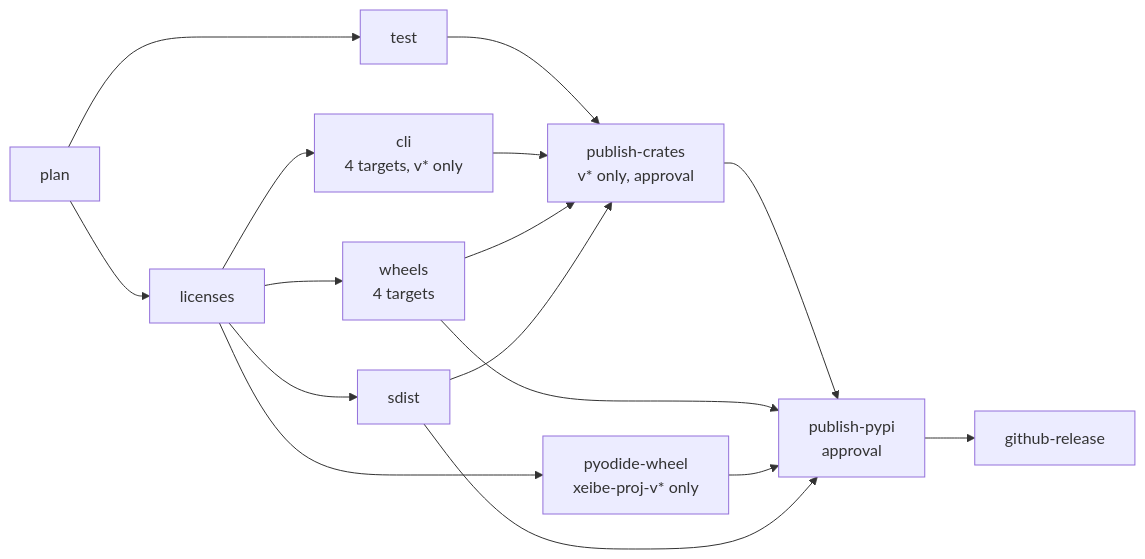
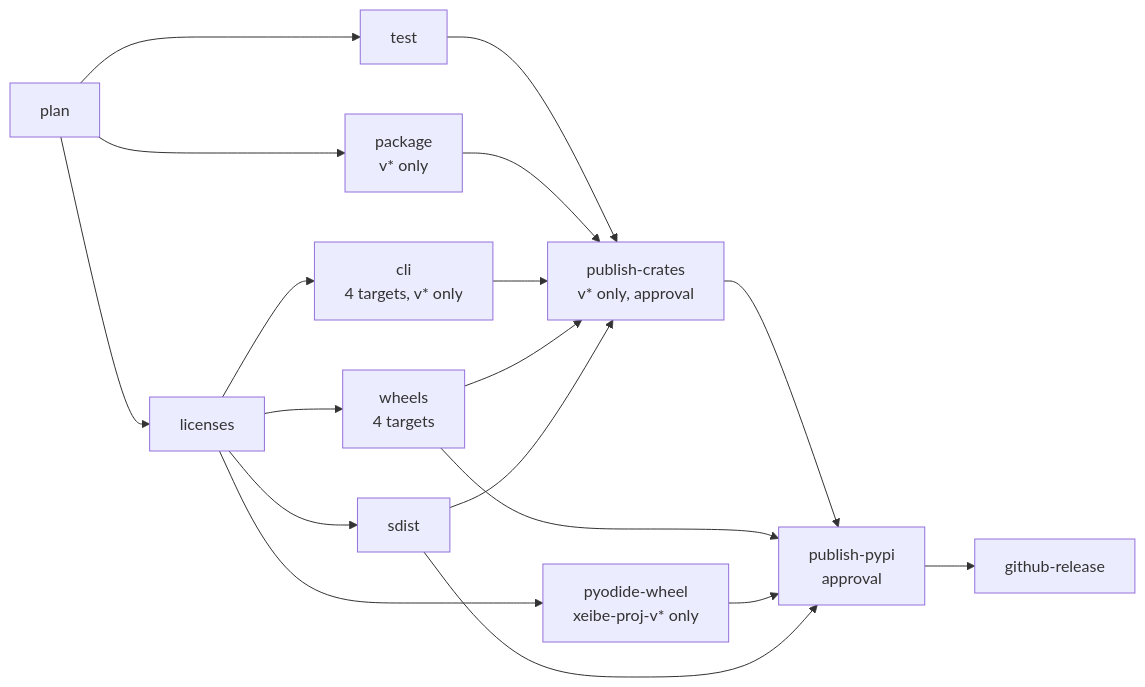
Before and after one commit to ttomasz/xeibe: the diagram in docs/releasing.md, drawn with Mermaid. The commit also changed other lines of this file and 1 other file, not shown here.

First line of the commit message:
Release: MSRV check and cargo package on a runner of their own

````diff
--- a/docs/releasing.md
+++ b/docs/releasing.md
@@ -66,18 +66,20 @@
 ```mermaid
 flowchart LR
     plan --> test
+    plan --> pkg["package<br/>v* only"]
     plan --> licenses
     licenses --> cli["cli<br/>4 targets, v* only"]
     licenses --> wheels["wheels<br/>4 targets"]
     licenses --> pyw["pyodide-wheel<br/>xeibe-proj-v* only"]
     licenses --> sdist
     test --> pc
+    pkg --> pc
     cli --> pc["publish-crates<br/>v* only, approval"]
     wheels --> pc
     sdist --> pc
     pc --> pp["publish-pypi<br/>approval"]
     wheels --> pp
     pyw --> pp
     sdist --> pp
     pp --> gh["github-release"]
 ```
````
